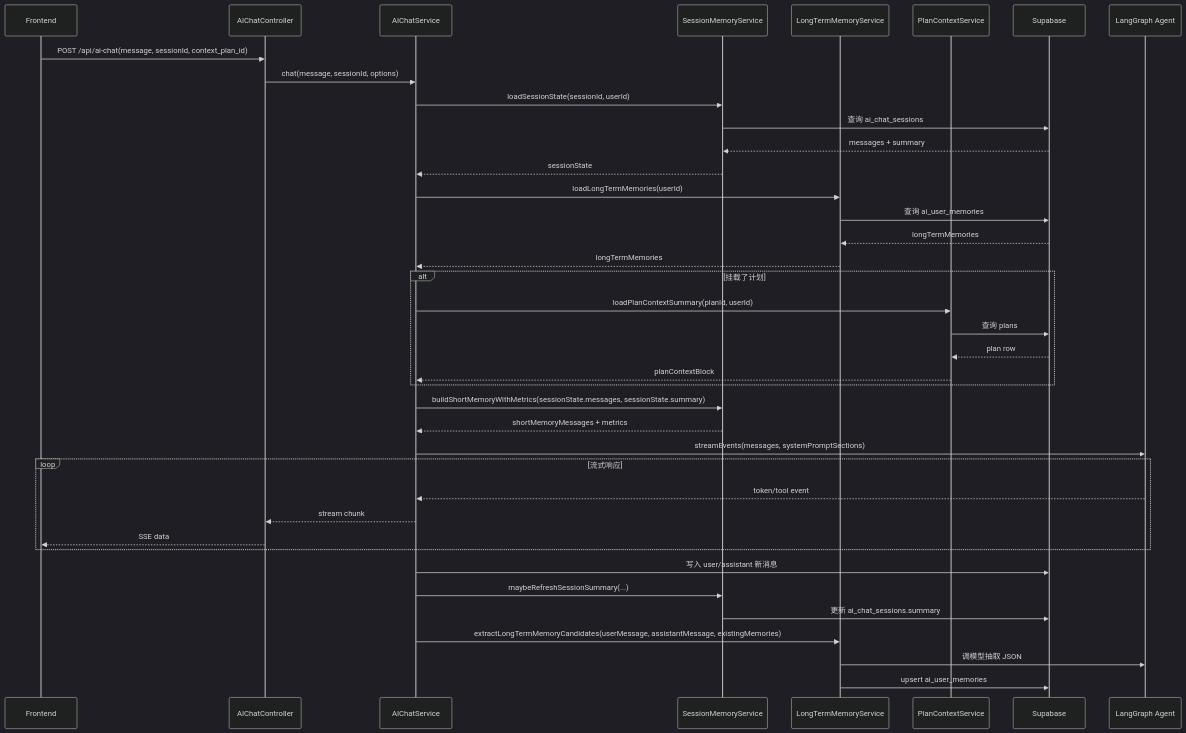
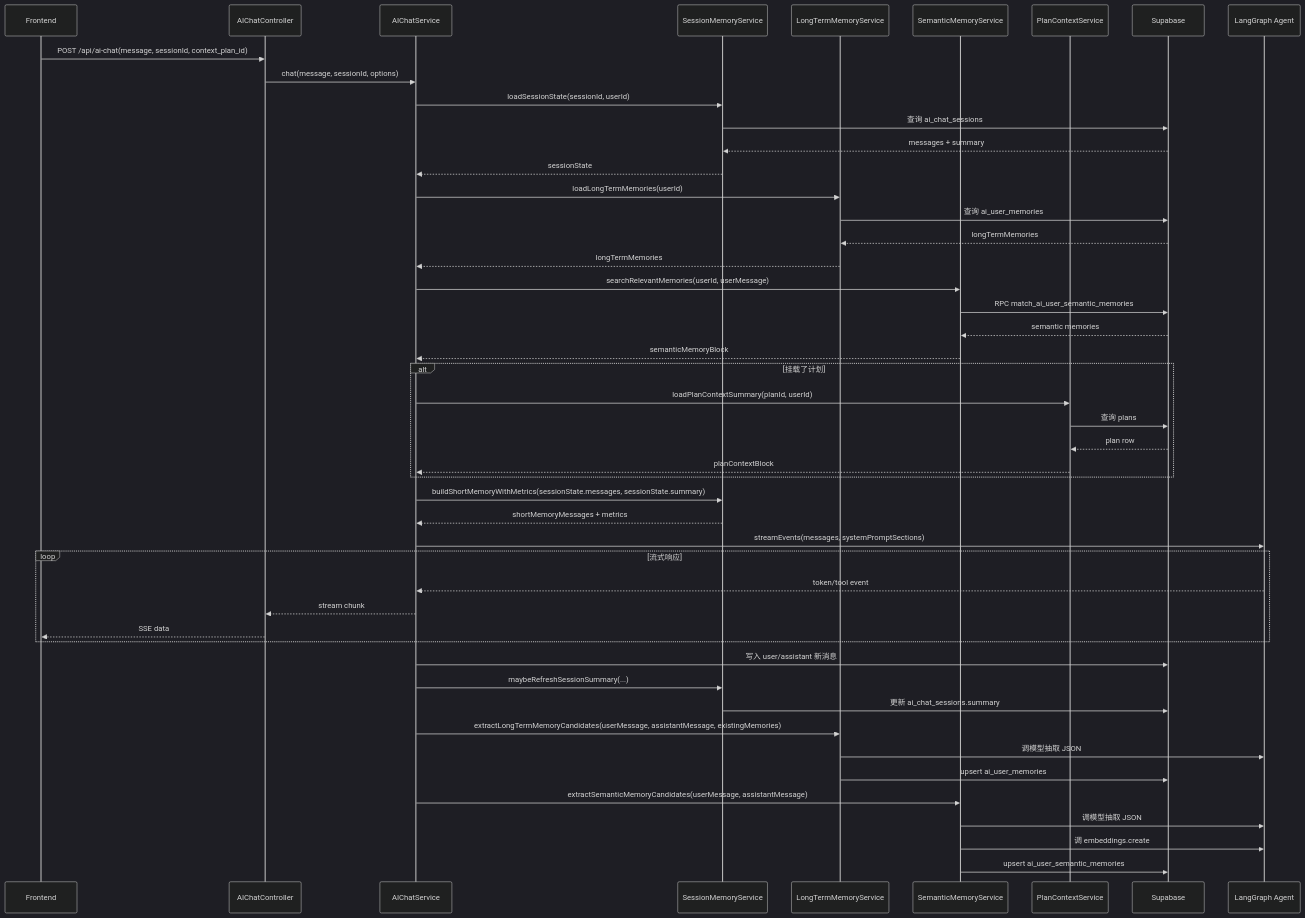
One commit to chendingya/ai-travel-planner changed the third of 4 diagrams in docs/AI聊天记忆与计划上下文实施方案.md. Above: the diagram before and after it, drawn with Mermaid (dark theme). The commit also changed other lines of this file and 15 other files, not shown here.

First line of the commit message:
feat: add semantic profile feature with memory management and UI updates

````diff
--- a/docs/AI聊天记忆与计划上下文实施方案.md
+++ b/docs/AI聊天记忆与计划上下文实施方案.md
@@ -447,50 +535,61 @@
 ```mermaid
 sequenceDiagram
    participant FE as Frontend
    participant CT as AIChatController
    participant AS as AIChatService
    participant SM as SessionMemoryService
    participant LM as LongTermMemoryService
+   participant SME as SemanticMemoryService
    participant PM as PlanContextService
    participant DB as Supabase
    participant AG as LangGraph Agent
 
    FE->>CT: POST /api/ai-chat(message, sessionId, context_plan_id)
    CT->>AS: chat(message, sessionId, options)
 
    AS->>SM: loadSessionState(sessionId, userId)
    SM->>DB: 查询 ai_chat_sessions
    DB-->>SM: messages + summary
    SM-->>AS: sessionState
 
    AS->>LM: loadLongTermMemories(userId)
    LM->>DB: 查询 ai_user_memories
    DB-->>LM: longTermMemories
    LM-->>AS: longTermMemories
+
+   AS->>SME: searchRelevantMemories(userId, userMessage)
+   SME->>DB: RPC match_ai_user_semantic_memories
+   DB-->>SME: semantic memories
+   SME-->>AS: semanticMemoryBlock
 
    alt 挂载了计划
       AS->>PM: loadPlanContextSummary(planId, userId)
       PM->>DB: 查询 plans
       DB-->>PM: plan row
       PM-->>AS: planContextBlock
    end
 
    AS->>SM: buildShortMemoryWithMetrics(sessionState.messages, sessionState.summary)
    SM-->>AS: shortMemoryMessages + metrics
 
    AS->>AG: streamEvents(messages, systemPromptSections)
 
    loop 流式响应
       AG-->>AS: token/tool event
       AS-->>CT: stream chunk
       CT-->>FE: SSE data
    end
 
    AS->>DB: 写入 user/assistant 新消息
    AS->>SM: maybeRefreshSessionSummary(...)
    SM->>DB: 更新 ai_chat_sessions.summary
 
    AS->>LM: extractLongTermMemoryCandidates(userMessage, assistantMessage, existingMemories)
    LM->>AG: 调模型抽取 JSON
    LM->>DB: upsert ai_user_memories
+
+   AS->>SME: extractSemanticMemoryCandidates(userMessage, assistantMessage)
+   SME->>AG: 调模型抽取 JSON
+   SME->>AG: 调 embeddings.create
+   SME->>DB: upsert ai_user_semantic_memories
 ```
````
